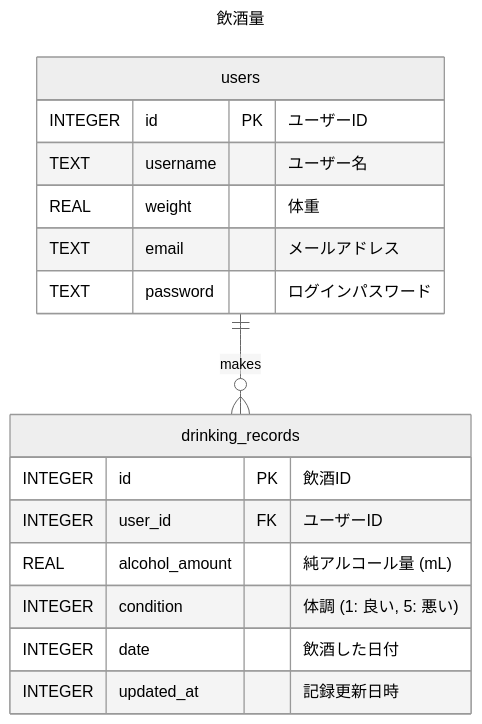
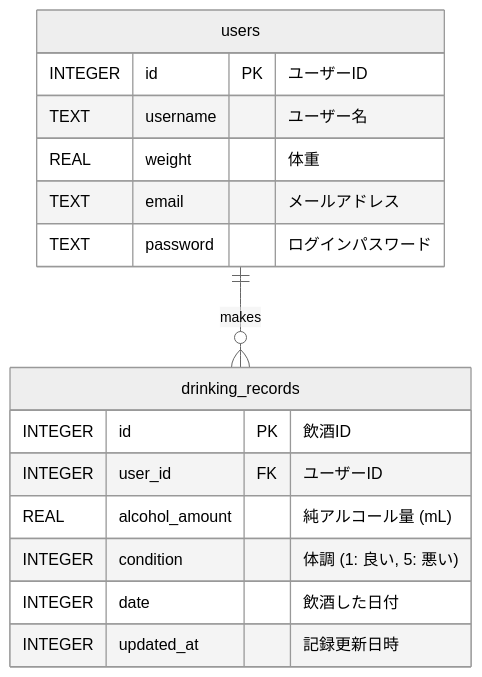
The diagram in README.md (saitamau-maximum/alcoho-rhythm), drawn with Mermaid (neutral theme) before and after one commit. The commit also changed other lines of this file, not shown here.

Commit message:
docs: ER図のタイトルを変更

````diff
--- a/README.md
+++ b/README.md
@@ -7,24 +5,21 @@
 ```mermaid
----
-title: "飲酒量"
----
 erDiagram
     users ||--o{ drinking_records : "makes"
 
     users {
         INTEGER id PK "ユーザーID"
         TEXT username "ユーザー名"
         REAL weight "体重"
         TEXT email "メールアドレス"
         TEXT password "ログインパスワード"
     }
 
     drinking_records {
         INTEGER id PK "飲酒ID"
         INTEGER user_id FK "ユーザーID"
         REAL alcohol_amount "純アルコール量 (mL)"
         INTEGER condition "体調 (1: 良い, 5: 悪い)"
         INTEGER date "飲酒した日付"
         INTEGER updated_at "記録更新日時"
     }
 ```
````
